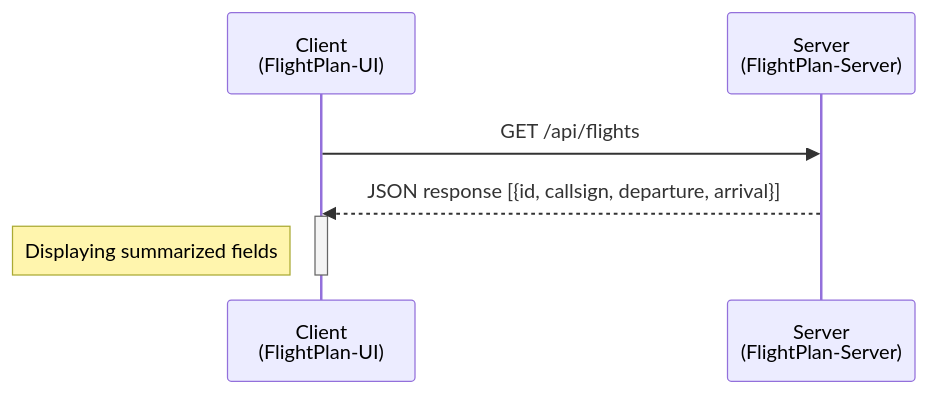
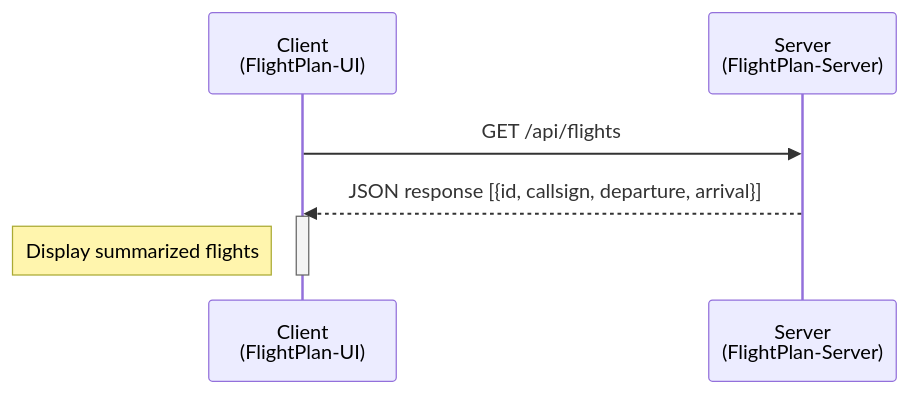
One commit to ST-tienhon/flightplan-ui changed the fourth of 6 diagrams in README.md. Above: the diagram before and after it, drawn with Mermaid. The commit also changed other lines of this file, not shown here.

````diff
--- a/README.md
+++ b/README.md
@@ -153,10 +196,10 @@
 ```mermaid
 sequenceDiagram
     participant A as Client <br/> (FlightPlan-UI)
     participant B as Server <br/> (FlightPlan-Server)
     A->>B: GET /api/flights
     B-->>A: JSON response [{id, callsign, departure, arrival}]
     activate A
-    note left of A: Displaying summarized fields
+    note left of A: Display summarized flights
     deactivate A
 ```
````
